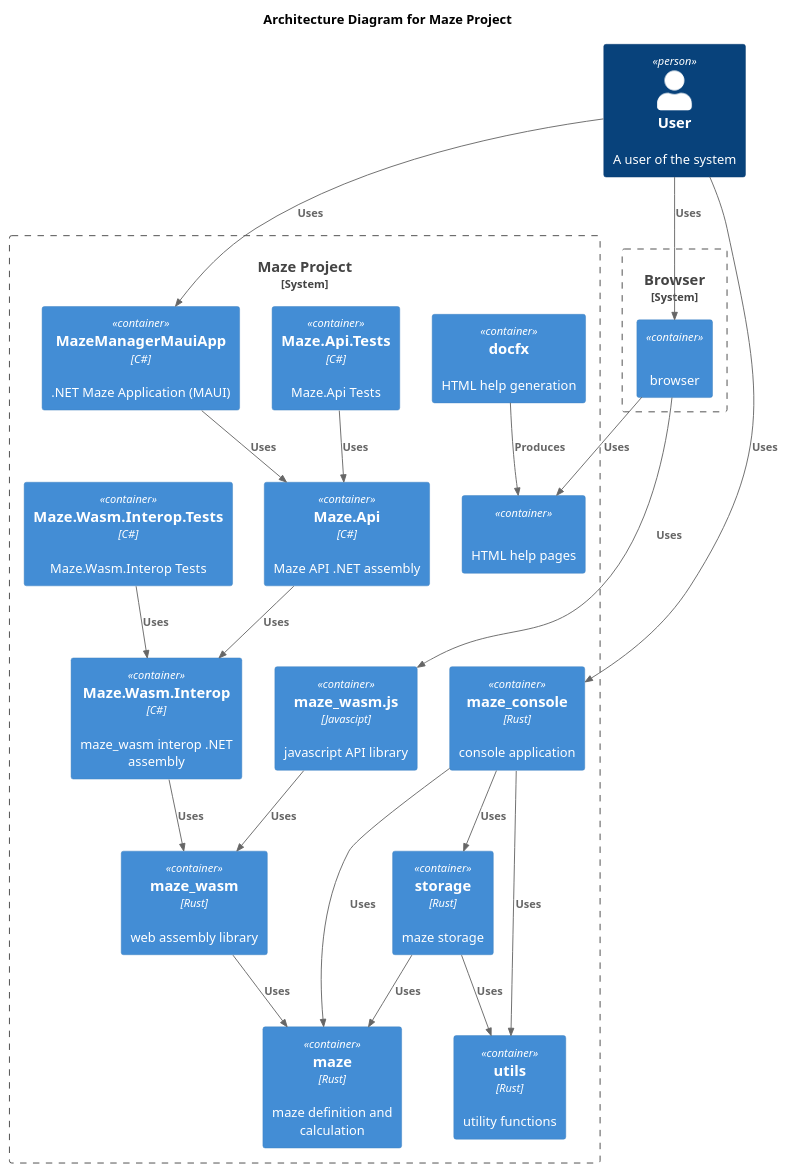
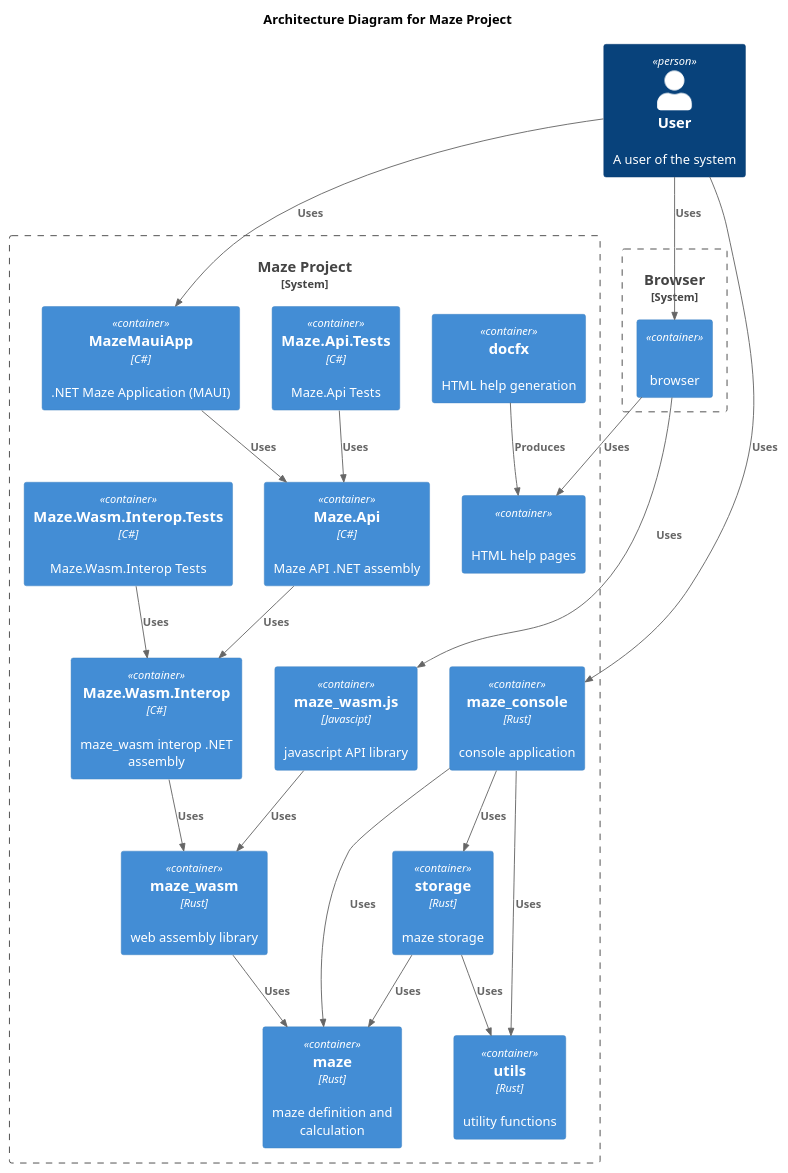
The diagram in docs/diagrams/architecture.puml (budgiedownunder/maze), drawn with PlantUML before and after one commit. The commit also changed 39 other files, not shown here.

Commit message:
Rename Maze Maui App folfder and project to MazeMauiApp

```diff
--- a/docs/diagrams/architecture.puml
+++ b/docs/diagrams/architecture.puml
@@ -2,48 +2,48 @@
 @startuml
 
 !include https://raw.githubusercontent.com/plantuml-stdlib/C4-PlantUML/master/C4_Container.puml
 
 title Architecture Diagram for Maze Project
 
 Person(user, "User", "A user of the system")
 
 System_Boundary(c1, "Browser") {
     Container(browser, "", "", "browser")
 }
 
 System_Boundary(c2, "Maze Project") {
     Container(html_help, "", "", "HTML help pages")
     Container(docfx, "docfx", "", "HTML help generation")
-    Container(maze_maui_app_net, "MazeManagerMauiApp", "C#", ".NET Maze Application (MAUI)")
+    Container(maze_maui_app_net, "MazeMauiApp", "C#", ".NET Maze Application (MAUI)")
     Container(maze_api_net_tests, "Maze.Api.Tests", "C#", "Maze.Api Tests")
     Container(maze_api_net, "Maze.Api", "C#", "Maze API .NET assembly")
     Container(maze_wasm_interop_net_tests, "Maze.Wasm.Interop.Tests", "C#", "Maze.Wasm.Interop Tests")
     Container(maze_wasm_interop_net, "Maze.Wasm.Interop", "C#", "maze_wasm interop .NET assembly")
     Container(maze_wasm_js, "maze_wasm.js", "Javascipt", "javascript API library")
     Container(maze_wasm, "maze_wasm", "Rust", "web assembly library")
     Container(maze_console, "maze_console", "Rust", "console application")
     Container(storage, "storage", "Rust", "maze storage")
     Container(maze, "maze", "Rust", "maze definition and calculation")
     Container(utils, "utils", "Rust", "utility functions")
 }
 
 Rel(user, browser, "Uses")
 Rel(browser, html_help, "Uses")
 Rel(browser, maze_wasm_js, "Uses")
 Rel(docfx, html_help, "Produces")
 Rel(user, maze_console, "Uses")
 Rel(maze_console, maze, "Uses")
 Rel(maze_console, storage, "Uses")
 Rel(maze_console, utils, "Uses")
 Rel(user, maze_maui_app_net, "Uses")
 Rel(maze_maui_app_net, maze_api_net, "Uses")
 Rel(maze_api_net_tests, maze_api_net, "Uses")
 Rel(maze_api_net, maze_wasm_interop_net, "Uses")
 Rel(maze_wasm_interop_net_tests, maze_wasm_interop_net, "Uses")
 Rel(maze_wasm_interop_net, maze_wasm, "Uses")
 Rel(maze_wasm_js, maze_wasm, "Uses")
 Rel(maze_wasm, maze, "Uses")
 Rel(storage, maze, "Uses")
 Rel(storage, utils, "Uses")
 
 @enduml
```
